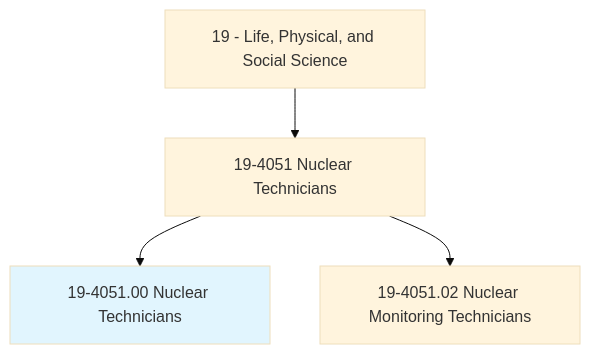
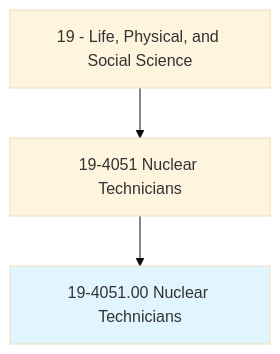
One commit to kziemski/business.org.ai changed the first of 4 diagrams in occupations/Science/NuclearTechnicians.mdx. Above: the diagram before and after it, drawn with Mermaid (base theme). The commit also changed other lines of this file and 938 other files, not shown here.

````diff
--- a/occupations/Science/NuclearTechnicians.mdx
+++ b/occupations/Science/NuclearTechnicians.mdx
@@ -19,7 +23,6 @@
 ```mermaid
 graph TD
     Cat19["19 - Life, Physical, and Social Science"] --> Group194051["19-4051 Nuclear Technicians"]
     Group194051 --> Current["19-4051.00 Nuclear Technicians"]
     style Current fill:#e1f5fe
-    Group194051 --> V19405102["19-4051.02 Nuclear Monitoring Technicians"]
 ```
````
